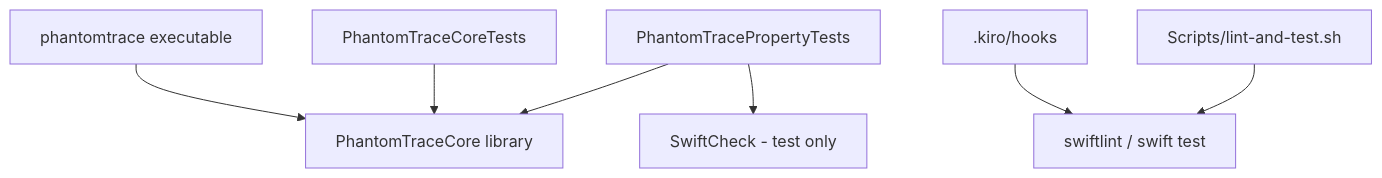
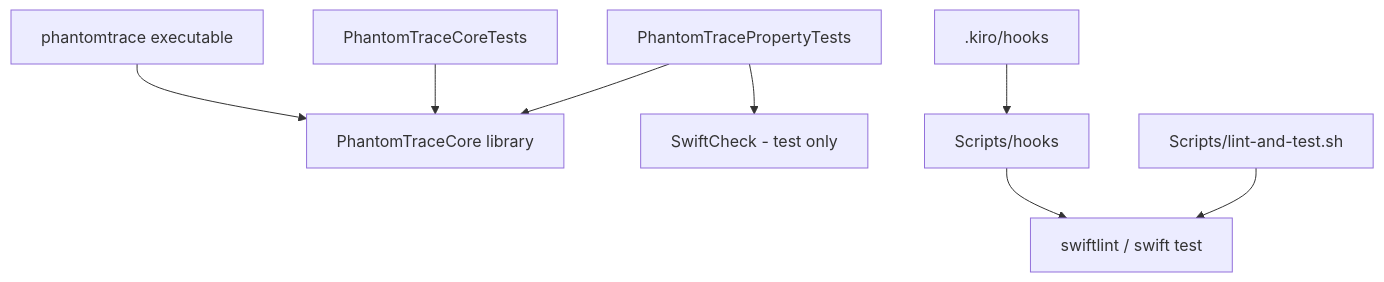
One commit to iolaire/PhantomTrace changed the diagram in .kiro/specs/project-scaffolding/design.md. Above: the diagram before and after it, drawn with Mermaid. The commit also changed other lines of this file and 11 other files, not shown here.

````diff
--- a/.kiro/specs/project-scaffolding/design.md
+++ b/.kiro/specs/project-scaffolding/design.md
@@ -24,9 +24,9 @@
 ```mermaid
 graph TD
     CLI[phantomtrace executable] --> Core[PhantomTraceCore library]
     CoreTests[PhantomTraceCoreTests] --> Core
     PropTests[PhantomTracePropertyTests] --> Core
     PropTests --> SC[SwiftCheck - test only]
-    Hooks[.kiro/hooks] --> Tools[swiftlint / swift test]
+    Hooks[.kiro/hooks] --> HookScripts[Scripts/hooks] --> Tools[swiftlint / swift test]
     Script[Scripts/lint-and-test.sh] --> Tools
 ```
````
